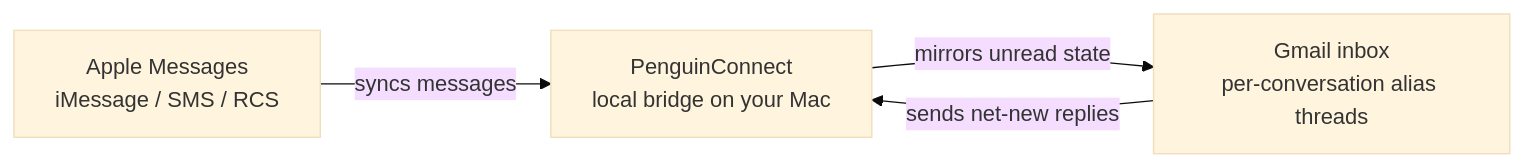
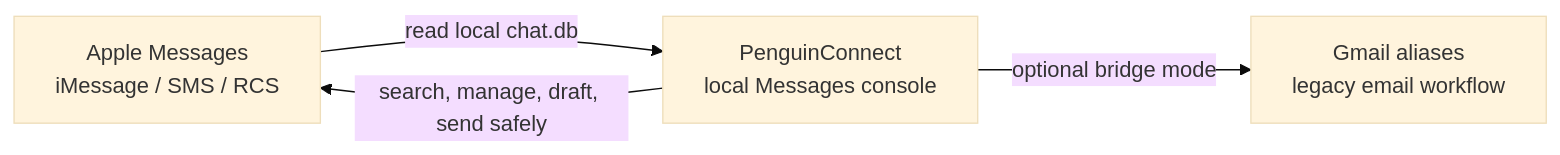
One commit to hgaddipati1118/penguin-connect changed the diagram in README.md. Above: the diagram before and after it, drawn with Mermaid (base theme). The commit also changed other lines of this file and 1 other file, not shown here.

Commit message:
docs: center local Messages operator mode

````diff
--- a/README.md
+++ b/README.md
@@ -12,6 +12,6 @@
 ```mermaid
 flowchart LR
-    Messages["Apple Messages<br/>iMessage / SMS / RCS"] -->|syncs messages| Bridge["PenguinConnect<br/>local bridge on your Mac"]
-    Bridge -->|mirrors unread state| Gmail["Gmail inbox<br/>per-conversation alias threads"]
-    Gmail -->|sends net-new replies| Bridge
+    Messages["Apple Messages<br/>iMessage / SMS / RCS"] -->|read local chat.db| Console["PenguinConnect<br/>local Messages console"]
+    Console -->|search, manage, draft, send safely| Messages
+    Console -->|optional bridge mode| Gmail["Gmail aliases<br/>legacy email workflow"]
 ```
````
